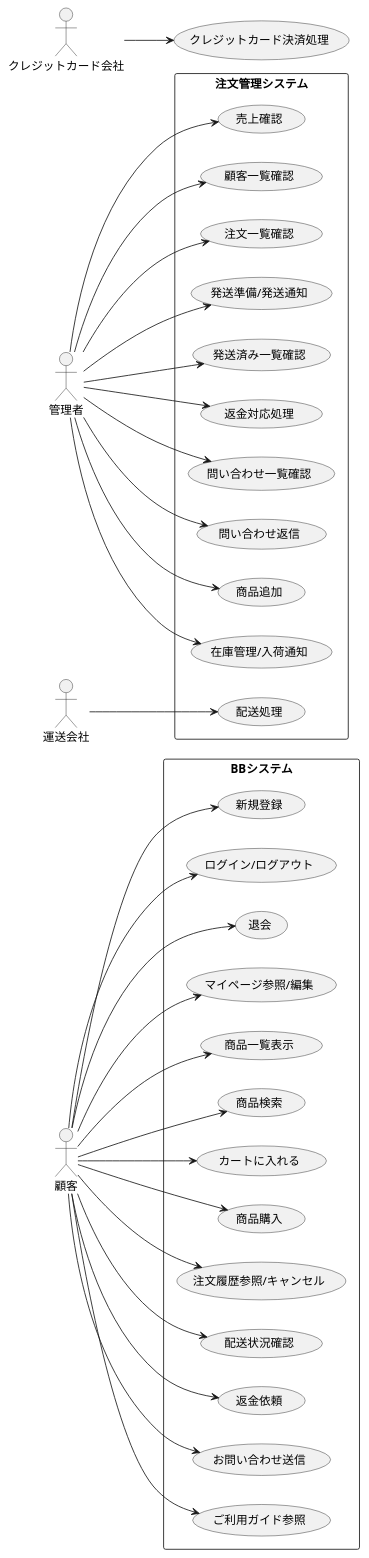
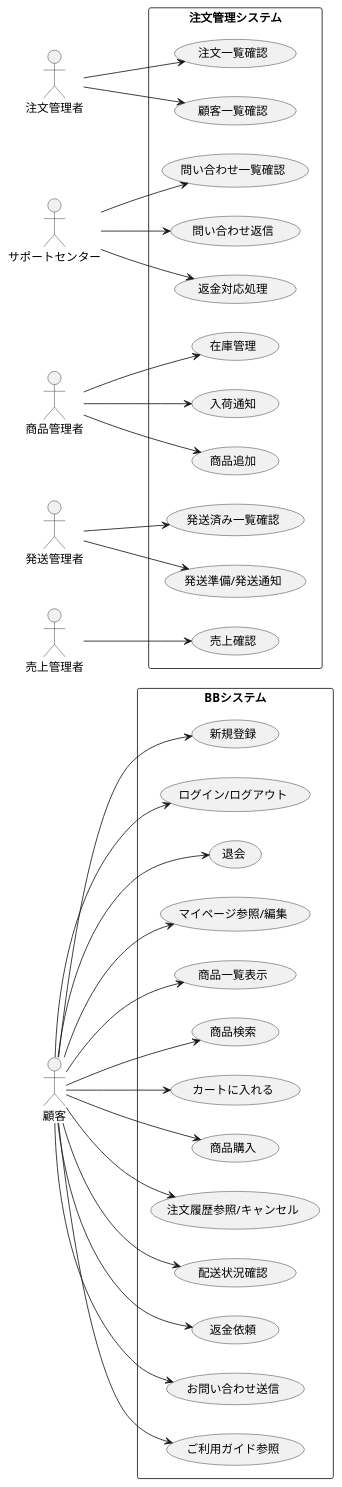
The diagram in usecase.pu (kTaiga1016/kouka), drawn with PlantUML before and after one commit.

Commit message:
手直し済み

```diff
--- a/usecase.pu
+++ b/usecase.pu
@@ -1,78 +1,84 @@
 @startuml  
 left to right direction
 
 actor Customer as "顧客"
-actor Admin as "管理者"
-actor Carrier as "運送会社"
-actor CreditCompany as "クレジットカード会社"
+actor Ordermanager as "注文管理者"
+actor Sportcenter as "サポートセンター"
+actor Inventorymanager as "商品管理者"
+actor Shipmanager as "発送管理者"
+actor Salesmanager as "売上管理者"
+
 
 rectangle "BBシステム" {
   (新規登録) as UC1
   (ログイン/ログアウト) as UC2
   (退会) as UC3
   (マイページ参照/編集) as UC4
   (商品一覧表示) as UC5
   (商品検索) as UC6
   (カートに入れる) as UC7
   (商品購入) as UC8
   (注文履歴参照/キャンセル) as UC9
   (配送状況確認) as UC10
   (返金依頼) as UC12
   
   (お問い合わせ送信) as UC11
   (ご利用ガイド参照) as UC13
 } 
 
-rectangle "注文管理システム" {
 
-  (配送処理) as UC24
-}
 rectangle "注文管理システム" {
   (顧客一覧確認) as UC14
   (注文一覧確認) as UC15
+
   (発送準備/発送通知) as UC16
   (発送済み一覧確認) as UC17
+
   (返金対応処理) as UC18
-  
   (問い合わせ一覧確認) as UC19
   (問い合わせ返信) as UC20
   
   (商品追加) as UC21
-  (在庫管理/入荷通知) as UC22
-  (売上確認) as UC23
+  (在庫管理) as UC22
+  (入荷通知) as UC23
+
+  (売上確認) as UC24
 }
 
-(クレジットカード決済処理) as UC25
 
 
 Customer --> UC1
 Customer --> UC2
 Customer --> UC3
 Customer --> UC4
 Customer --> UC5
 Customer --> UC6
 Customer --> UC7
 Customer --> UC8
 Customer --> UC9
 Customer --> UC10
 Customer --> UC12
 Customer --> UC11
 Customer --> UC13
 
 
-Admin --> UC14
-Admin --> UC15
-Admin --> UC16
-Admin --> UC17
-Admin --> UC18
-Admin --> UC19
-Admin --> UC20
-Admin --> UC21
-Admin --> UC22
-Admin --> UC23
+Ordermanager --> UC14
+Ordermanager --> UC15
+
+Shipmanager --> UC16
+Shipmanager --> UC17
+
+Sportcenter --> UC18
+Sportcenter --> UC19
+Sportcenter --> UC20
+
+Inventorymanager--> UC21
+Inventorymanager --> UC22
+Inventorymanager--> UC23
 
 
-Carrier --> UC24
-CreditCompany --> UC25
+Salesmanager --> UC24
+
+
 
 @enduml
```
